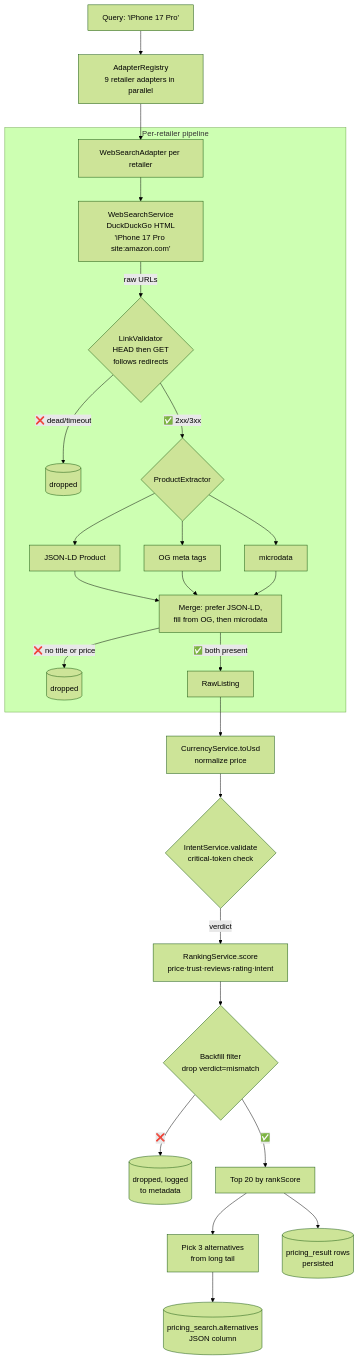
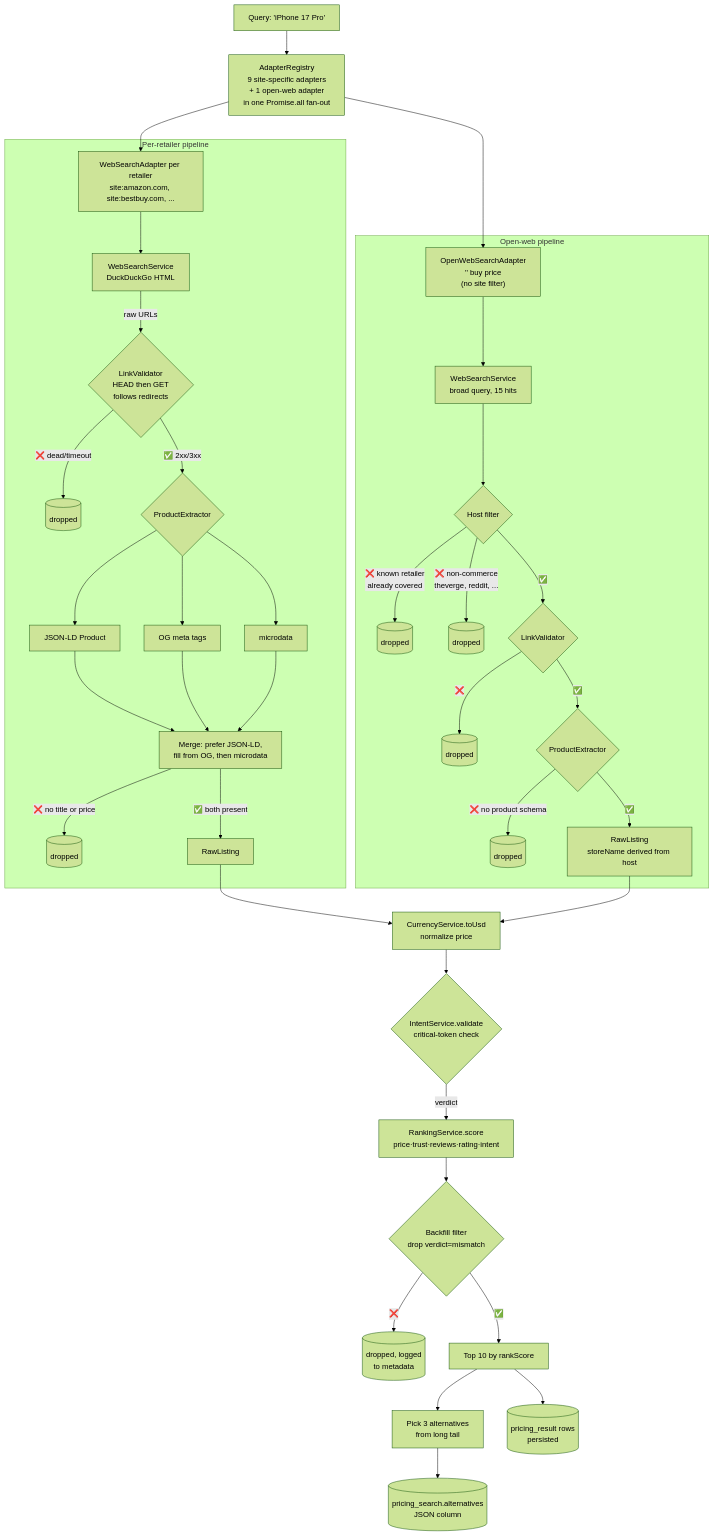
The third of 14 diagrams in docs/pricing-crawla-and-job-search.md (MelvinManni/crwla), drawn with Mermaid (forest theme) before and after one commit. The commit also changed other lines of this file and 10 other files, not shown here.

First line of the commit message:
feat(pricing-crawla): implement open-web adapter for broader product discovery

````diff
--- a/docs/pricing-crawla-and-job-search.md
+++ b/docs/pricing-crawla-and-job-search.md
@@ -87,36 +87,50 @@
 ```mermaid
 flowchart TD
     Q[Query: 'iPhone 17 Pro']
-    Q --> A[AdapterRegistry<br/>9 retailer adapters in parallel]
+    Q --> A["AdapterRegistry<br/>9 site-specific adapters<br/>+ 1 open-web adapter<br/>in one Promise.all fan-out"]
 
-    A --> WSA[WebSearchAdapter per retailer]
+    A --> WSA["WebSearchAdapter per retailer<br/>site:amazon.com, site:bestbuy.com, ..."]
+    A --> OWA["OpenWebSearchAdapter<br/>'<product>' buy price<br/>(no site filter)"]
 
     subgraph "Per-retailer pipeline"
-        WSA --> WS[WebSearchService<br/>DuckDuckGo HTML<br/>'iPhone 17 Pro site:amazon.com']
+        WSA --> WS[WebSearchService<br/>DuckDuckGo HTML]
         WS -->|raw URLs| LV{LinkValidator<br/>HEAD then GET<br/>follows redirects}
         LV -->|❌ dead/timeout| Drop1[(dropped)]
         LV -->|✅ 2xx/3xx| EX{ProductExtractor}
 
         EX --> JL[JSON-LD Product]
         EX --> OG[OG meta tags]
         EX --> MD[microdata]
 
         JL --> Merge
         OG --> Merge
         MD --> Merge[Merge: prefer JSON-LD,<br/>fill from OG, then microdata]
         Merge -->|❌ no title or price| Drop2[(dropped)]
         Merge -->|✅ both present| Lst[RawListing]
     end
 
+    subgraph "Open-web pipeline"
+        OWA --> OWS[WebSearchService<br/>broad query, 15 hits]
+        OWS --> HF{Host filter}
+        HF -->|❌ known retailer<br/>already covered| Drop4[(dropped)]
+        HF -->|❌ non-commerce<br/>theverge, reddit, ...| Drop5[(dropped)]
+        HF -->|✅| LV2{LinkValidator}
+        LV2 -->|❌| Drop6[(dropped)]
+        LV2 -->|✅| EX2{ProductExtractor}
+        EX2 -->|❌ no product schema| Drop7[(dropped)]
+        EX2 -->|✅| Lst2[RawListing<br/>storeName derived from host]
+    end
+
     Lst --> N[CurrencyService.toUsd<br/>normalize price]
+    Lst2 --> N
     N --> IV{IntentService.validate<br/>critical-token check}
     IV -->|verdict| R[RankingService.score<br/>price·trust·reviews·rating·intent]
 
     R --> BF{Backfill filter<br/>drop verdict=mismatch}
     BF -->|❌| Drop3[(dropped, logged<br/>to metadata)]
-    BF -->|✅| Top[Top 20 by rankScore]
+    BF -->|✅| Top[Top 10 by rankScore]
 
     Top --> Alt[Pick 3 alternatives<br/>from long tail]
     Top --> P[(pricing_result rows<br/>persisted)]
     Alt --> S[(pricing_search.alternatives<br/>JSON column)]
 ```
````
